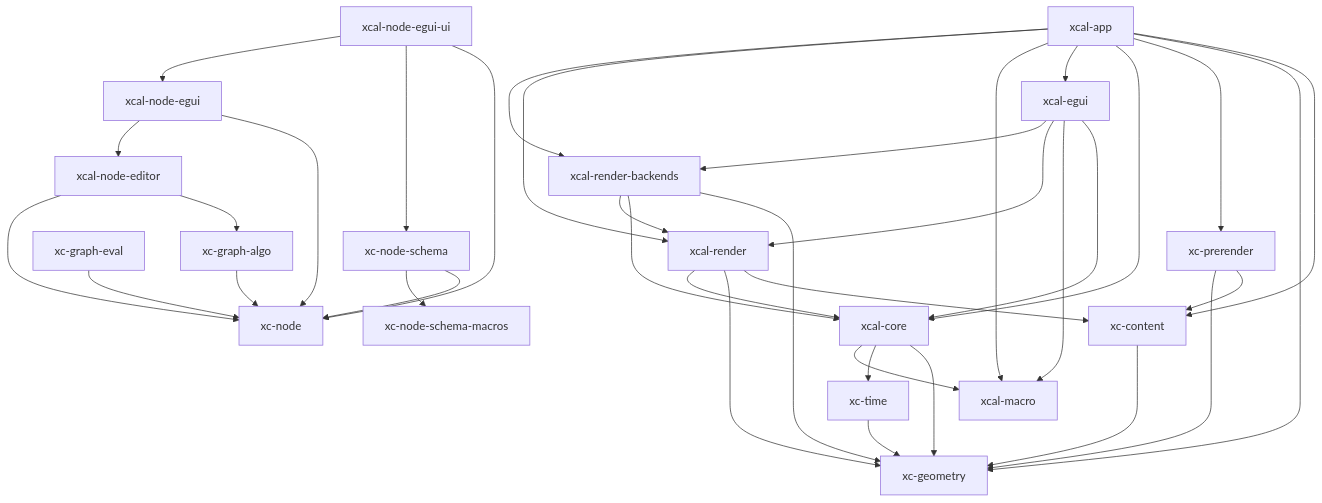
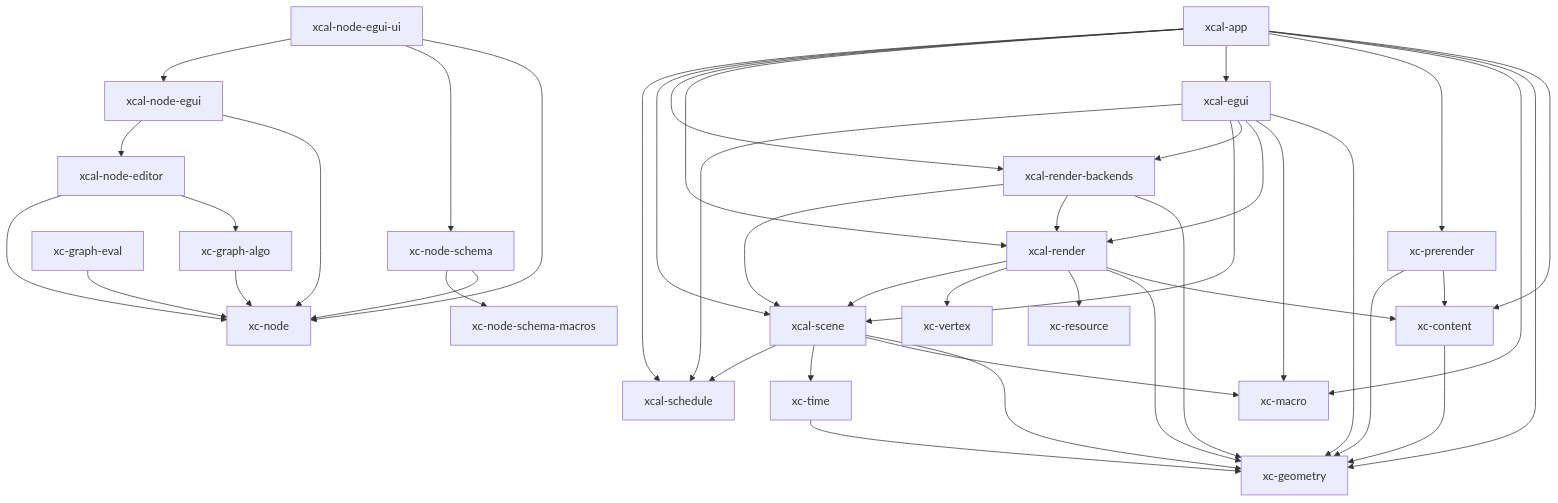
Before and after one commit to xcrtp/xcal-rs: the diagram in workspace-analyzer.mmd, drawn with Mermaid. The commit also changed 120 other files, not shown here.

First line of the commit message:
refactor: 场景层改名 xcal-scene 并抽离 ECS 调度 xcal-schedule

```diff
--- a/workspace-analyzer.mmd
+++ b/workspace-analyzer.mmd
@@ -1,38 +1,44 @@
 graph TD
     xc-content --> xc-geometry
     xc-graph-algo --> xc-node
     xc-graph-eval --> xc-node
     xc-node-schema --> xc-node
     xc-node-schema --> xc-node-schema-macros
     xc-prerender --> xc-content
     xc-prerender --> xc-geometry
     xc-time --> xc-geometry
     xcal-app --> xc-content
     xcal-app --> xc-geometry
+    xcal-app --> xc-macro
     xcal-app --> xc-prerender
-    xcal-app --> xcal-core
     xcal-app --> xcal-egui
-    xcal-app --> xcal-macro
     xcal-app --> xcal-render
     xcal-app --> xcal-render-backends
-    xcal-core --> xc-geometry
-    xcal-core --> xc-time
-    xcal-core --> xcal-macro
-    xcal-egui --> xcal-core
-    xcal-egui --> xcal-macro
+    xcal-app --> xcal-scene
+    xcal-app --> xcal-schedule
+    xcal-egui --> xc-geometry
+    xcal-egui --> xc-macro
     xcal-egui --> xcal-render
     xcal-egui --> xcal-render-backends
+    xcal-egui --> xcal-scene
+    xcal-egui --> xcal-schedule
     xcal-node-editor --> xc-graph-algo
     xcal-node-editor --> xc-node
     xcal-node-egui --> xc-node
     xcal-node-egui --> xcal-node-editor
     xcal-node-egui-ui --> xc-node
     xcal-node-egui-ui --> xc-node-schema
     xcal-node-egui-ui --> xcal-node-egui
     xcal-render --> xc-content
     xcal-render --> xc-geometry
-    xcal-render --> xcal-core
+    xcal-render --> xc-resource
+    xcal-render --> xc-vertex
+    xcal-render --> xcal-scene
     xcal-render-backends --> xc-geometry
-    xcal-render-backends --> xcal-core
     xcal-render-backends --> xcal-render
+    xcal-render-backends --> xcal-scene
+    xcal-scene --> xc-geometry
+    xcal-scene --> xc-macro
+    xcal-scene --> xc-time
+    xcal-scene --> xcal-schedule
 classDef red stroke:#ff0000,stroke-width:2px;
```
